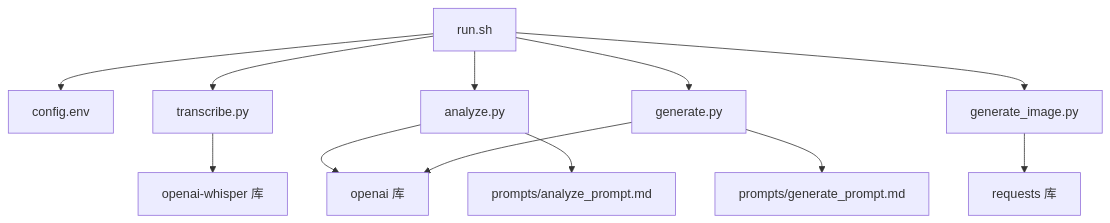
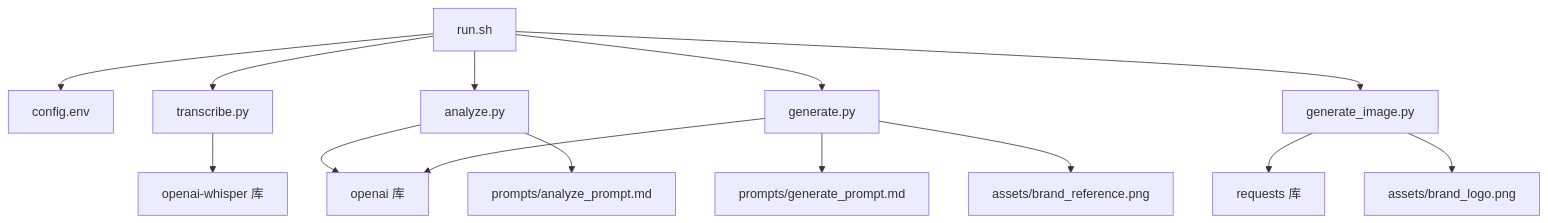
The seventh of 7 diagrams in .qoder/repowiki/zh/content/配置和定制/API配置.md (WongMingJiu/landingpage-test-hero-page), drawn with Mermaid before and after one commit. The commit also changed other lines of this file and 4 other files, not shown here.

First line of the commit message:
feat: 生图输出尺寸改为 750x1125（API 生成 1024x1536 后 Pillow 缩放）

````diff
--- a/.qoder/repowiki/zh/content/配置和定制/API配置.md
+++ b/.qoder/repowiki/zh/content/配置和定制/API配置.md
@@ -353,14 +398,16 @@
 ```mermaid
 graph TB
 R["run.sh"] --> C["config.env"]
 R --> T["transcribe.py"]
 R --> A["analyze.py"]
 R --> G["generate.py"]
 R --> GI["generate_image.py"]
 A --> O["openai 库"]
 G --> O
 GI --> REQ["requests 库"]
 T --> W["openai-whisper 库"]
 A --> P1["prompts/analyze_prompt.md"]
 G --> P2["prompts/generate_prompt.md"]
+G --> BR["assets/brand_reference.png"]
+GI --> BL["assets/brand_logo.png"]
 ```
````
